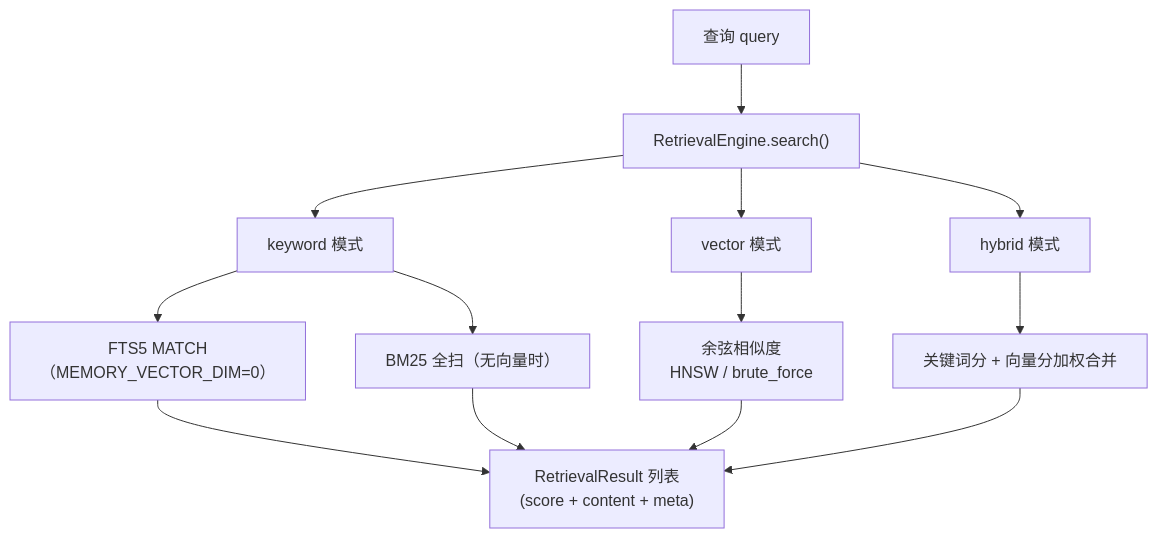
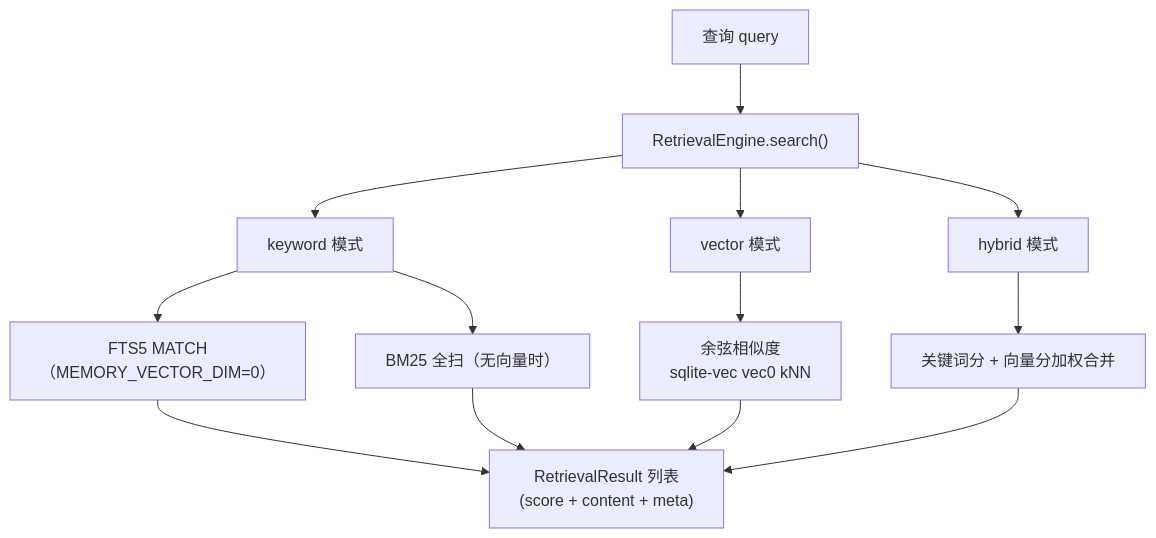
One commit to Timwood0x10/Mnemosyne changed the diagram in docs/zh/retrieval.md. Above: the diagram before and after it, drawn with Mermaid. The commit also changed other lines of this file and 24 other files, not shown here.

````diff
--- a/docs/zh/retrieval.md
+++ b/docs/zh/retrieval.md
@@ -12,18 +12,18 @@
 ```mermaid
 flowchart TD
     Q["查询 query"] --> RE["RetrievalEngine.search()"]
 
     RE --> KW["keyword 模式"]
     RE --> VC["vector 模式"]
     RE --> HY["hybrid 模式"]
 
     KW --> F1["FTS5 MATCH（MEMORY_VECTOR_DIM=0）"]
     KW --> B1["BM25 全扫（无向量时）"]
-    VC --> V1["余弦相似度<br/>HNSW / brute_force"]
+    VC --> V1["余弦相似度<br/>sqlite-vec vec0 kNN"]
     HY --> M1["关键词分 + 向量分加权合并"]
 
     F1 --> R["RetrievalResult 列表<br/>(score + content + meta)"]
     B1 --> R
     V1 --> R
     M1 --> R
 ```
````
